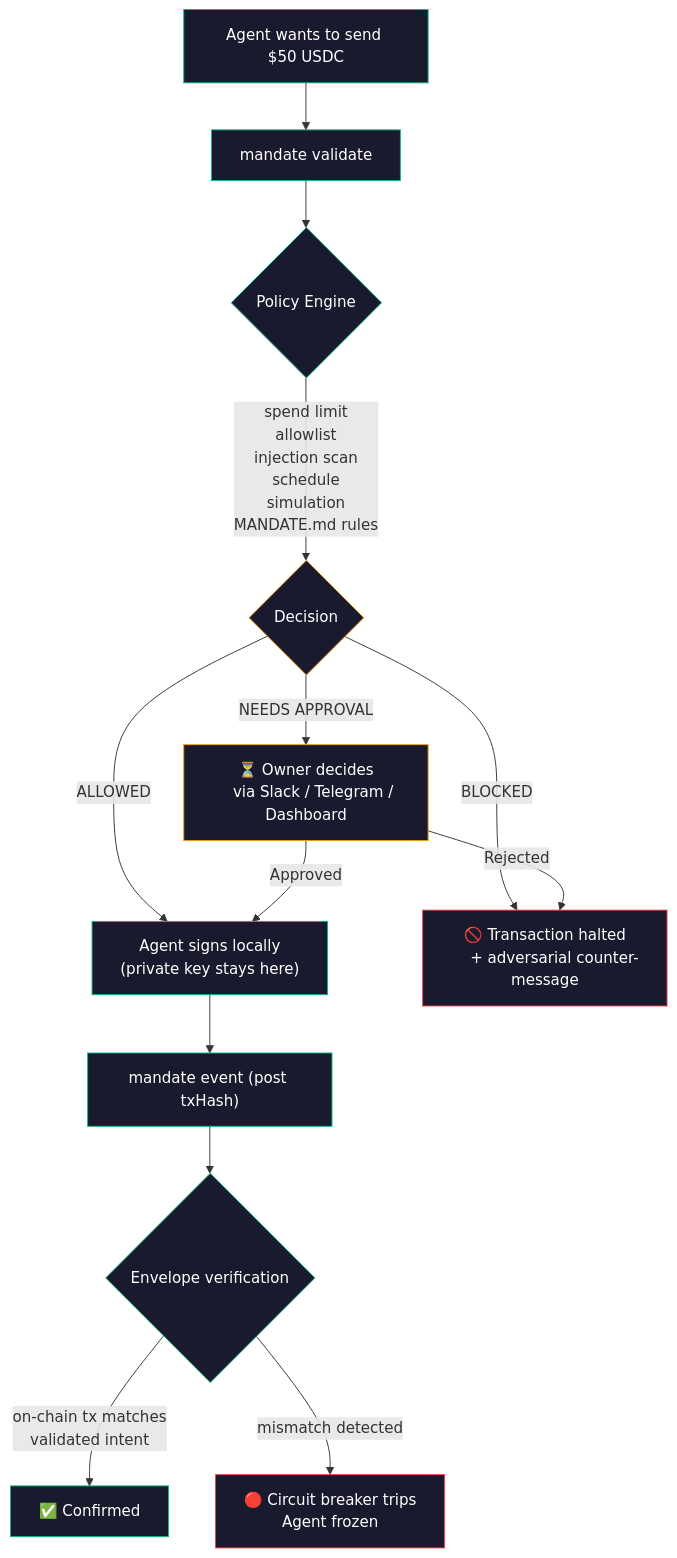
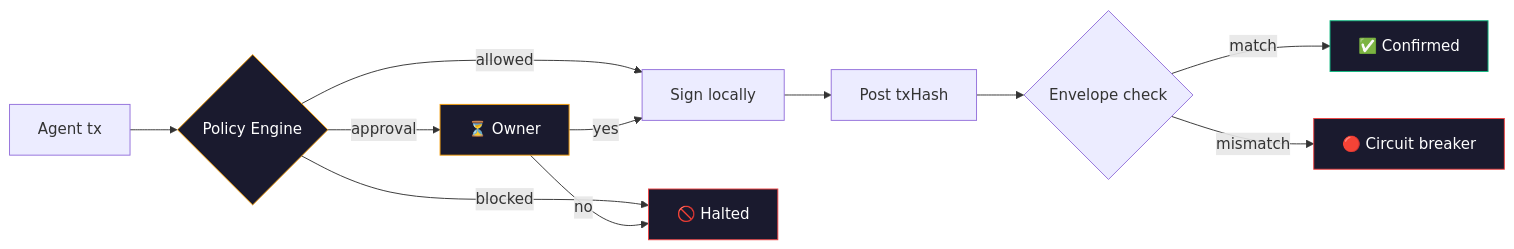
Before and after one commit to SwiftAdviser/mandate: the diagram in README.md, drawn with Mermaid.

Commit message:
docs: compact horizontal mermaid flow diagram

````diff
--- a/README.md
+++ b/README.md
@@ -24,37 +24,16 @@
 ```mermaid
-flowchart TD
-    A["Agent wants to send $50 USDC"] --> B["mandate validate"]
-    B --> C{"Policy Engine"}
-    C -->|"spend limit
-    allowlist
-    injection scan
-    schedule
-    simulation
-    MANDATE.md rules"| D{Decision}
-    D -->|ALLOWED| E["Agent signs locally
-    (private key stays here)"]
-    D -->|BLOCKED| F["🚫 Transaction halted
-    + adversarial counter-message"]
-    D -->|NEEDS APPROVAL| G["⏳ Owner decides
-    via Slack / Telegram / Dashboard"]
-    G -->|Approved| E
-    G -->|Rejected| F
-    E --> H["mandate event (post txHash)"]
-    H --> I{"Envelope verification"}
-    I -->|"on-chain tx matches
-    validated intent"| J["✅ Confirmed"]
-    I -->|"mismatch detected"| K["🔴 Circuit breaker trips
-    Agent frozen"]
+flowchart LR
+    A[Agent tx] --> B{Policy Engine}
+    B -->|allowed| C[Sign locally] --> D[Post txHash] --> E{Envelope check}
+    B -->|blocked| F[🚫 Halted]
+    B -->|approval| G[⏳ Owner] -->|yes| C
+    G -->|no| F
+    E -->|match| H[✅ Confirmed]
+    E -->|mismatch| I[🔴 Circuit breaker]
 
-    style A fill:#1a1a2e,stroke:#10b981,color:#fff
-    style B fill:#1a1a2e,stroke:#10b981,color:#fff
-    style C fill:#1a1a2e,stroke:#10b981,color:#fff
-    style D fill:#1a1a2e,stroke:#f59e0b,color:#fff
-    style E fill:#1a1a2e,stroke:#10b981,color:#fff
+    style B fill:#1a1a2e,stroke:#f59e0b,color:#fff
     style F fill:#1a1a2e,stroke:#ef4444,color:#fff
     style G fill:#1a1a2e,stroke:#f59e0b,color:#fff
     style H fill:#1a1a2e,stroke:#10b981,color:#fff
-    style I fill:#1a1a2e,stroke:#10b981,color:#fff
-    style J fill:#1a1a2e,stroke:#10b981,color:#fff
-    style K fill:#1a1a2e,stroke:#ef4444,color:#fff
+    style I fill:#1a1a2e,stroke:#ef4444,color:#fff
 ```
````
